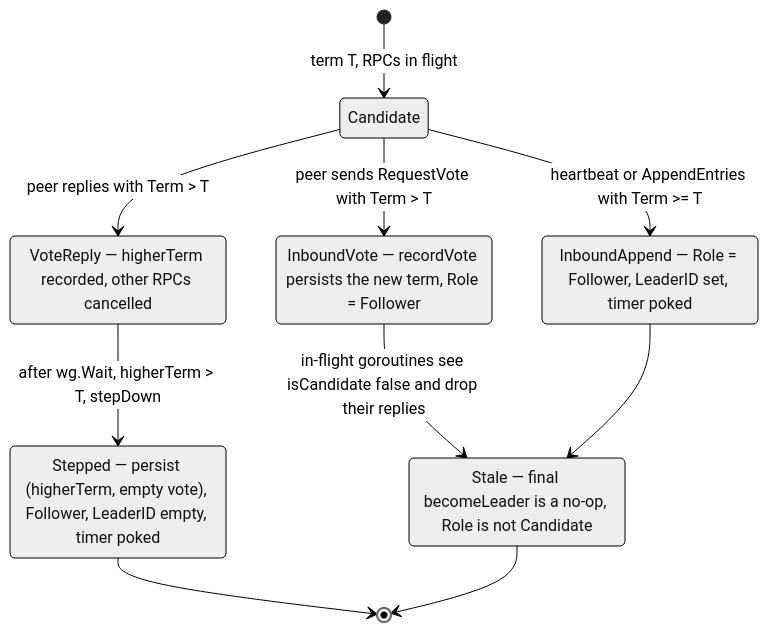
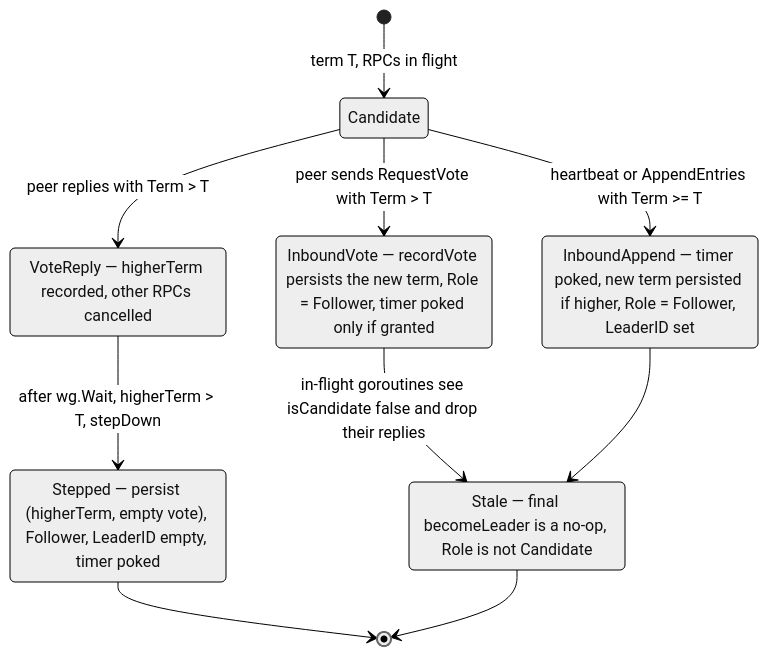
The seventh of 8 diagrams in flow/4. cluster-startup-cases.md (Tarun-Elango/hobbyDB), drawn with Mermaid (neutral theme) before and after one commit. The commit also changed other lines of this file and 8 other files, not shown here.

Commit message:
udpating results and state diagrams

````diff
--- a/flow/4. cluster-startup-cases.md
+++ b/flow/4. cluster-startup-cases.md
@@ -205,22 +228,22 @@
 ```mermaid
 stateDiagram-v2
     direction TB
     [*] --> Candidate: term T, RPCs in flight
 
     Candidate --> VoteReply: peer replies with Term > T
     state "VoteReply — higherTerm recorded, other RPCs cancelled" as VoteReply
     VoteReply --> Stepped: after wg.Wait, higherTerm > T, stepDown
     state "Stepped — persist (higherTerm, empty vote), Follower, LeaderID empty, timer poked" as Stepped
 
     Candidate --> InboundVote: peer sends RequestVote with Term > T
-    state "InboundVote — recordVote persists the new term, Role = Follower" as InboundVote
+    state "InboundVote — recordVote persists the new term, Role = Follower, timer poked only if granted" as InboundVote
     InboundVote --> Stale: in-flight goroutines see isCandidate false and drop their replies
     state "Stale — final becomeLeader is a no-op, Role is not Candidate" as Stale
 
     Candidate --> InboundAppend: heartbeat or AppendEntries with Term >= T
-    state "InboundAppend — Role = Follower, LeaderID set, timer poked" as InboundAppend
+    state "InboundAppend — timer poked, new term persisted if higher, Role = Follower, LeaderID set" as InboundAppend
     InboundAppend --> Stale
 
     Stepped --> [*]
     Stale --> [*]
 ```
````
